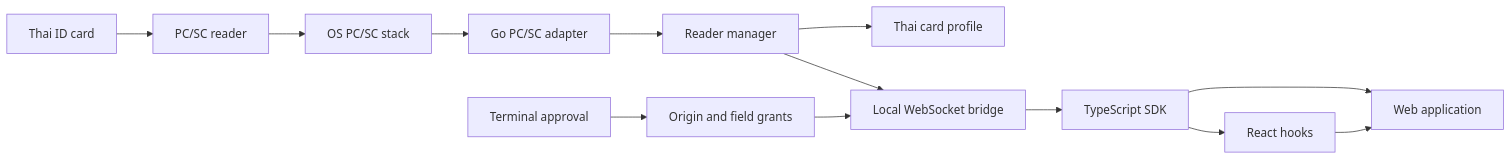
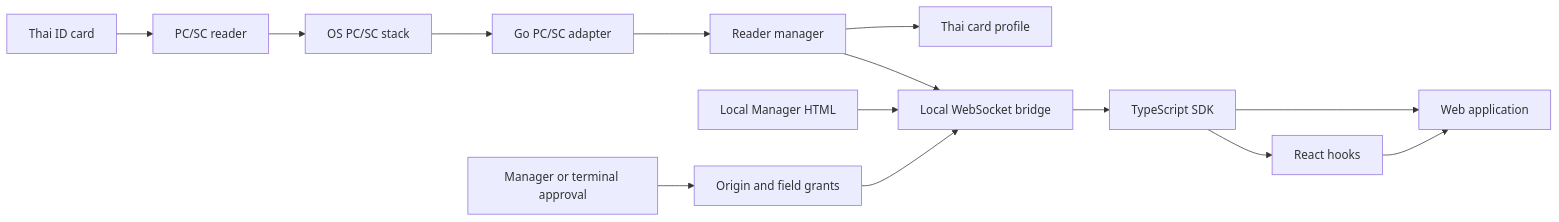
One commit to night-sornram/openthaiid changed the diagram in docs/architecture.md. Above: the diagram before and after it, drawn with Mermaid. The commit also changed other lines of this file and 33 other files, not shown here.

````diff
--- a/docs/architecture.md
+++ b/docs/architecture.md
@@ -34,15 +43,16 @@
 ```mermaid
 flowchart LR
     Card[Thai ID card] --> Reader[PC/SC reader]
     Reader --> PCSC[OS PC/SC stack]
     PCSC --> Adapter[Go PC/SC adapter]
     Adapter --> Manager[Reader manager]
     Manager --> Profile[Thai card profile]
     Manager --> Bridge[Local WebSocket bridge]
-    Approval[Terminal approval] --> Auth[Origin and field grants]
+    ManagerUI[Local Manager HTML] --> Bridge
+    Approval[Manager or terminal approval] --> Auth[Origin and field grants]
     Auth --> Bridge
     Bridge --> SDK[TypeScript SDK]
     SDK --> ReactHooks[React hooks]
     SDK --> App[Web application]
     ReactHooks --> App
 ```
````
